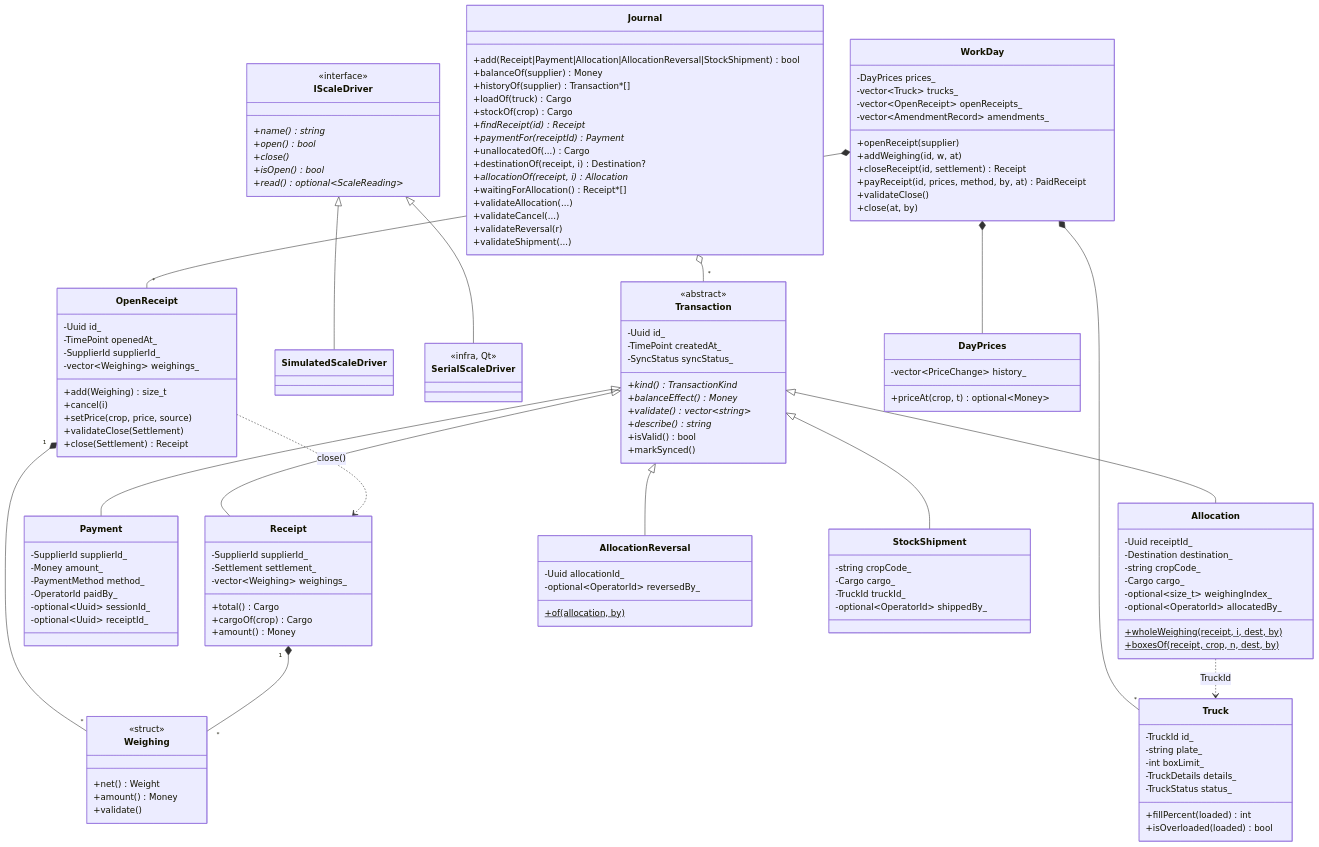
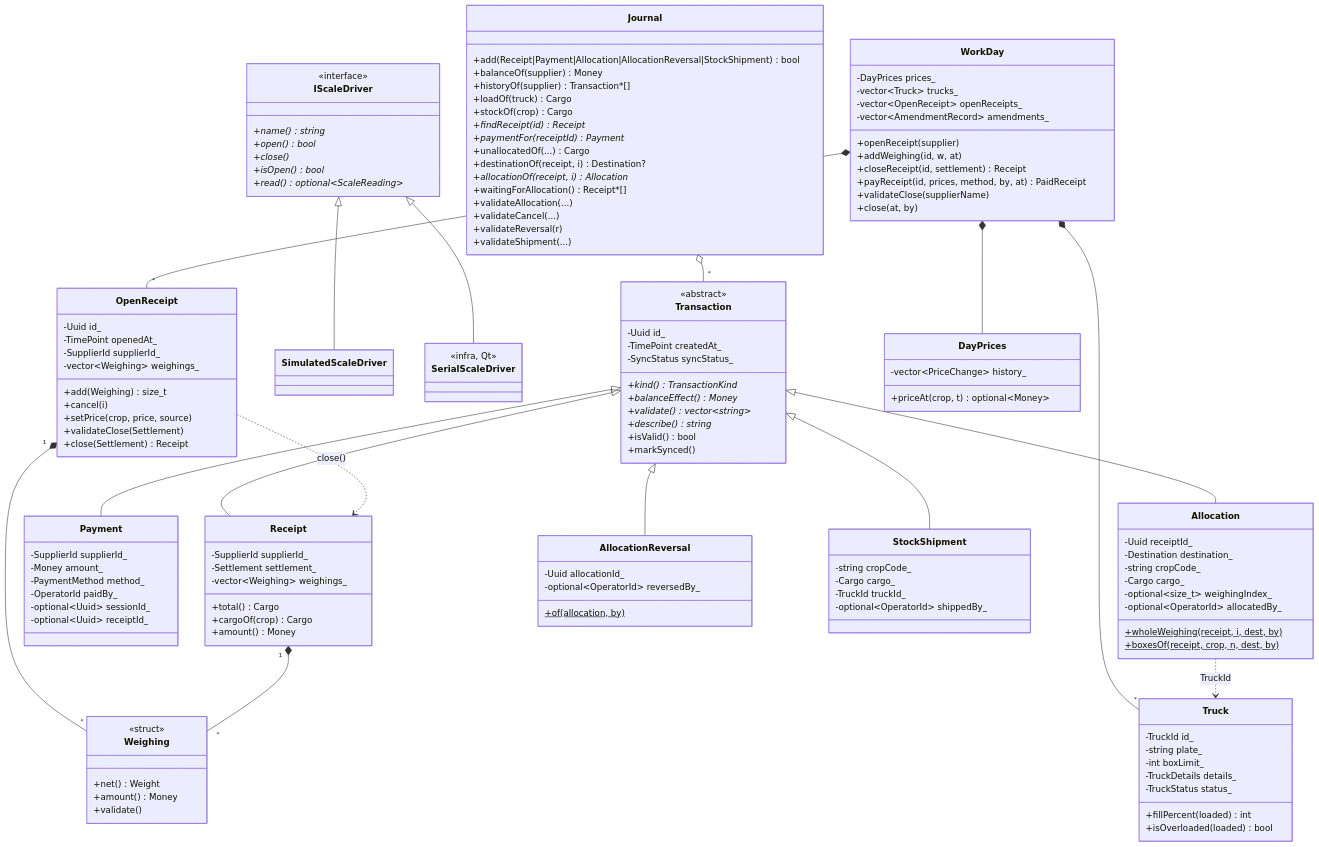
Before and after one commit to IsNazarii/Berry-WMS-Terminal: the first of 3 diagrams in docs/domain.md, drawn with Mermaid. The commit also changed other lines of this file and 6 other files, not shown here.

```diff
--- a/docs/domain.md
+++ b/docs/domain.md
@@ -163,7 +163,7 @@
         +addWeighing(id, w, at)
         +closeReceipt(id, settlement) Receipt
         +payReceipt(id, prices, method, by, at) PaidReceipt
-        +validateClose()
+        +validateClose(supplierName)
         +close(at, by)
     }
     class Truck {
```
